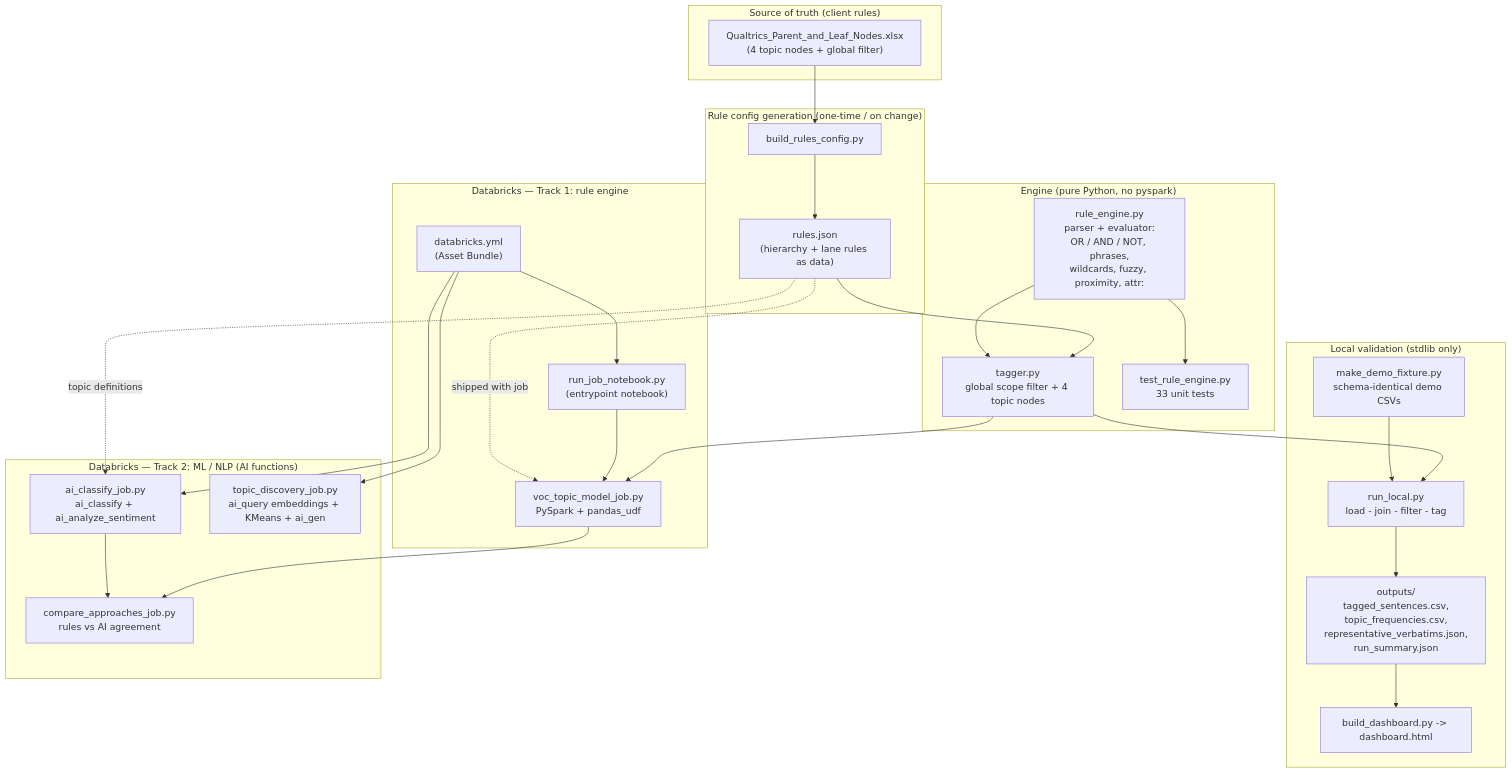
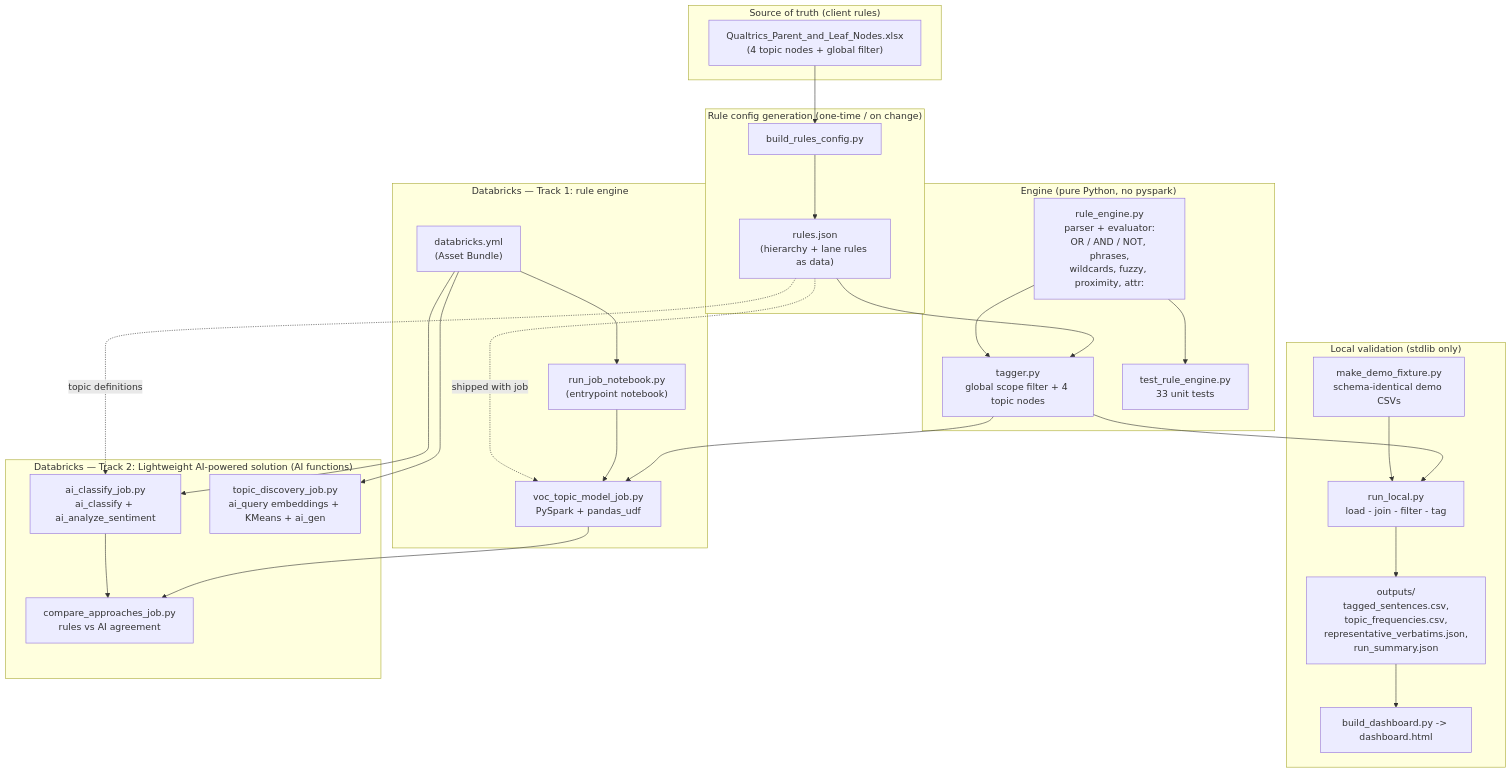
The first of 3 diagrams in docs/ARCHITECTURE.md (dariakrasavina/GM_VOC), drawn with Mermaid before and after one commit. The commit also changed other lines of this file and 14 other files, not shown here.

Commit message:
Reorganize into rule_engine/ai_solution/shared/docs; add lightweight AI-powered solution and root README with diagrams

````diff
--- a/docs/ARCHITECTURE.md
+++ b/docs/ARCHITECTURE.md
@@ -15,52 +15,52 @@
 ```mermaid
 flowchart TB
     subgraph SRC["Source of truth (client rules)"]
         XLSX["Qualtrics_Parent_and_Leaf_Nodes.xlsx<br/>(4 topic nodes + global filter)"]
     end
 
     subgraph GEN["Rule config generation (one-time / on change)"]
         BUILD["build_rules_config.py"]
         RULES["rules.json<br/>(hierarchy + lane rules as data)"]
     end
 
     subgraph ENGINE["Engine (pure Python, no pyspark)"]
         RE["rule_engine.py<br/>parser + evaluator:<br/>OR / AND / NOT, phrases,<br/>wildcards, fuzzy, proximity, attr:"]
         TG["tagger.py<br/>global scope filter + 4 topic nodes"]
         TEST["test_rule_engine.py<br/>33 unit tests"]
     end
 
     subgraph LOCAL["Local validation (stdlib only)"]
         FIX["make_demo_fixture.py<br/>schema-identical demo CSVs"]
         RL["run_local.py<br/>load - join - filter - tag"]
         OUT["outputs/<br/>tagged_sentences.csv,<br/>topic_frequencies.csv,<br/>representative_verbatims.json,<br/>run_summary.json"]
         DASH["build_dashboard.py -> dashboard.html"]
     end
 
     subgraph PROD["Databricks — Track 1: rule engine"]
         JOB["voc_topic_model_job.py<br/>PySpark + pandas_udf"]
         NB["run_job_notebook.py<br/>(entrypoint notebook)"]
         YML["databricks.yml<br/>(Asset Bundle)"]
     end
 
-    subgraph ML["Databricks — Track 2: ML / NLP (AI functions)"]
+    subgraph ML["Databricks — Track 2: Lightweight AI-powered solution (AI functions)"]
         AICLS["ai_classify_job.py<br/>ai_classify + ai_analyze_sentiment"]
         DISC["topic_discovery_job.py<br/>ai_query embeddings + KMeans + ai_gen"]
         CMP["compare_approaches_job.py<br/>rules vs AI agreement"]
     end
 
     XLSX --> BUILD --> RULES
     RULES --> TG
     RE --> TG
     RE --> TEST
     TG --> RL
     TG --> JOB
     FIX --> RL
     RL --> OUT --> DASH
     YML --> NB --> JOB
     RULES -. shipped with job .-> JOB
     RULES -. topic definitions .-> AICLS
     YML --> AICLS
     YML --> DISC
     JOB --> CMP
     AICLS --> CMP
 ```
````
